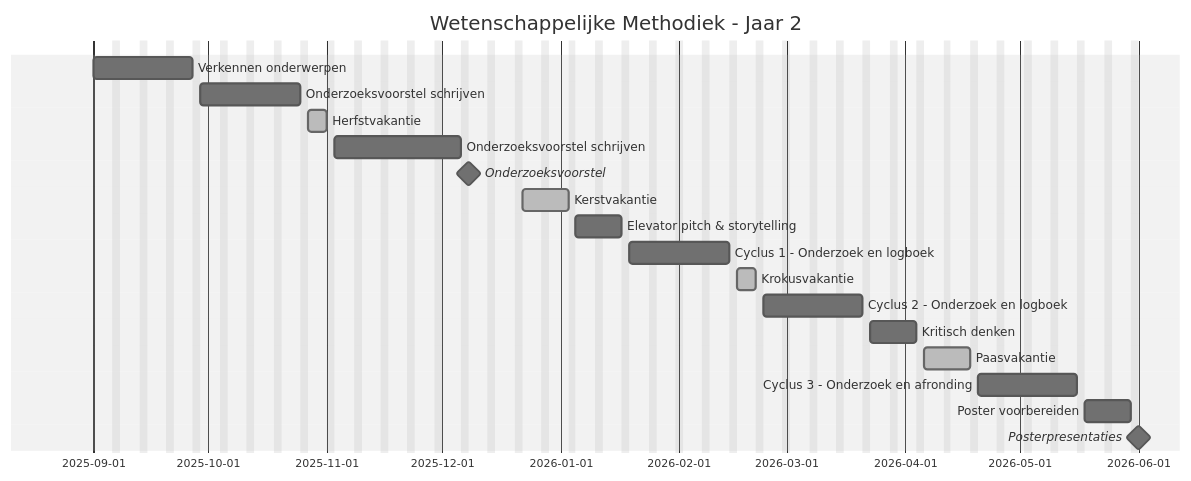
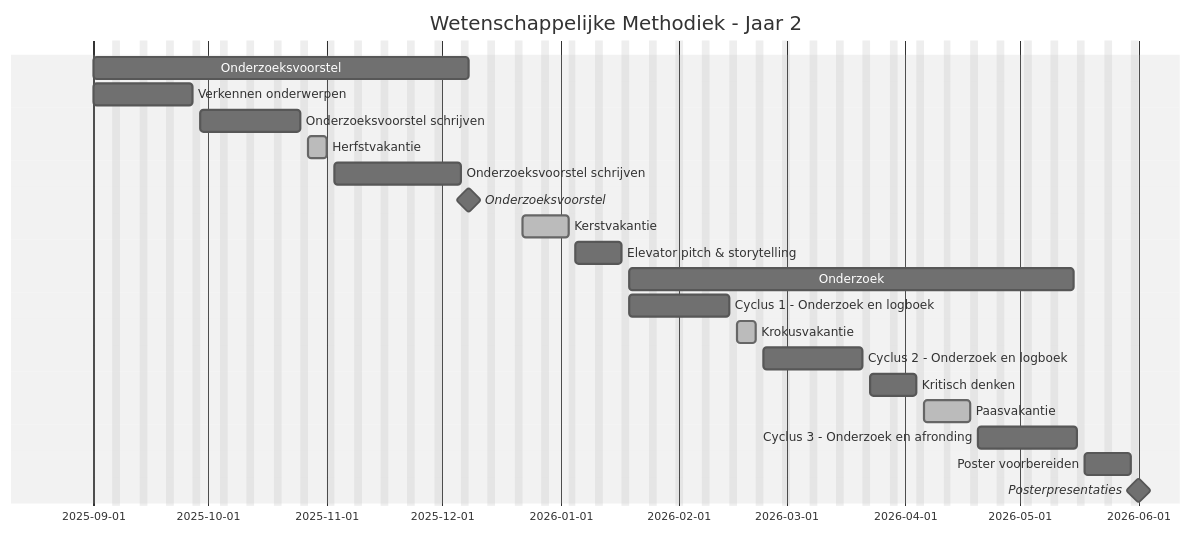
Before and after one commit to psmsmets/WetenschappelijkeMethodiek: the diagram in project6.qmd, drawn with Mermaid (neutral theme). The commit also changed other lines of this file and 19 other files, not shown here.

````diff
--- a/project6.qmd
+++ b/project6.qmd
@@ -50,26 +50,31 @@
 ```{mermaid}
 gantt
     title Wetenschappelijke Methodiek - Jaar 2
     dateFormat   YYYY-MM-DD
     excludes     weekends
+
+    Onderzoeksvoorstel               :2025-09-01, 2025-12-08
 
     Verkennen onderwerpen            :a1, 2025-09-01, 20d
     Onderzoeksvoorstel schrijven     :a2, after a1, 20d
     Herfstvakantie                   :done, break1, 2025-10-27, 5d
     Onderzoeksvoorstel schrijven     :a3, after break1, 25d
     Onderzoeksvoorstel               :milestone, after a3, 0d
 
     Kerstvakantie                    :done, break2, 2025-12-22, 10d
     Elevator pitch & storytelling    :b1, after break2, 10d
+
+    Onderzoek                        :2026-01-19, 2026-05-15
+
     Cyclus 1 - Onderzoek en logboek  :c1, after b1, 20d
 
     Krokusvakantie                   :done, break3, 2026-02-16, 5d
     Cyclus 2 - Onderzoek en logboek  :c2, after break3, 20d
     Kritisch denken                  :after c2, 10d
 
     Paasvakantie                     :done, break4, 2026-04-06, 10d
     Cyclus 3 - Onderzoek en afronding:c3, after break4, 20d
 
     Poster voorbereiden              :d1, 2026-05-18, 10d
     Posterpresentaties               :milestone, 2026-06-01, 0d
 ```
````
